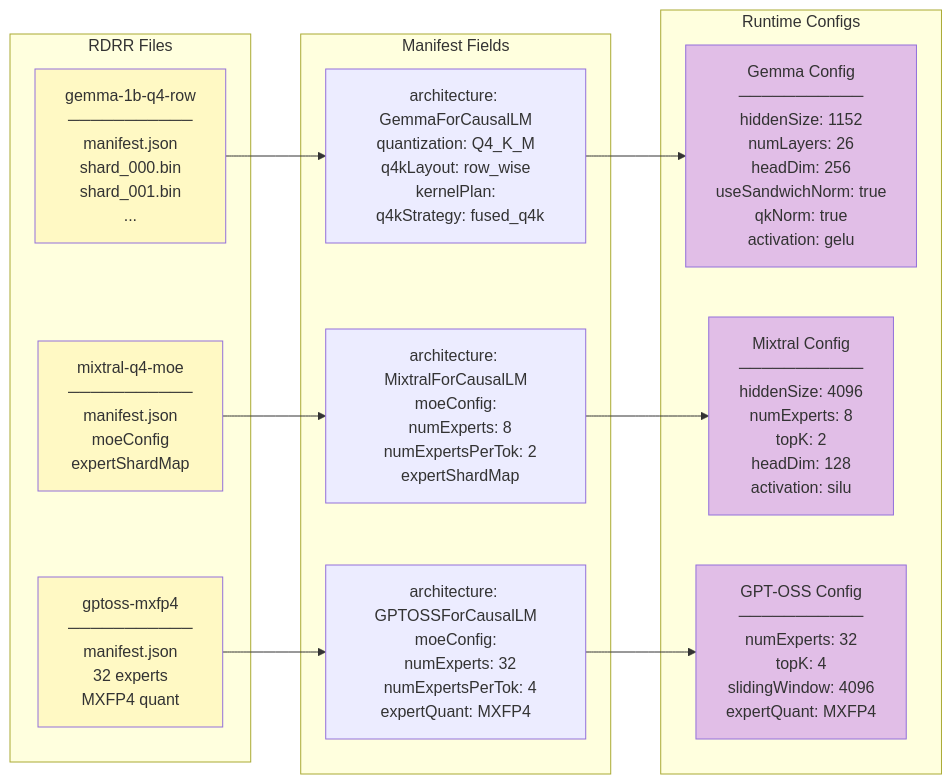
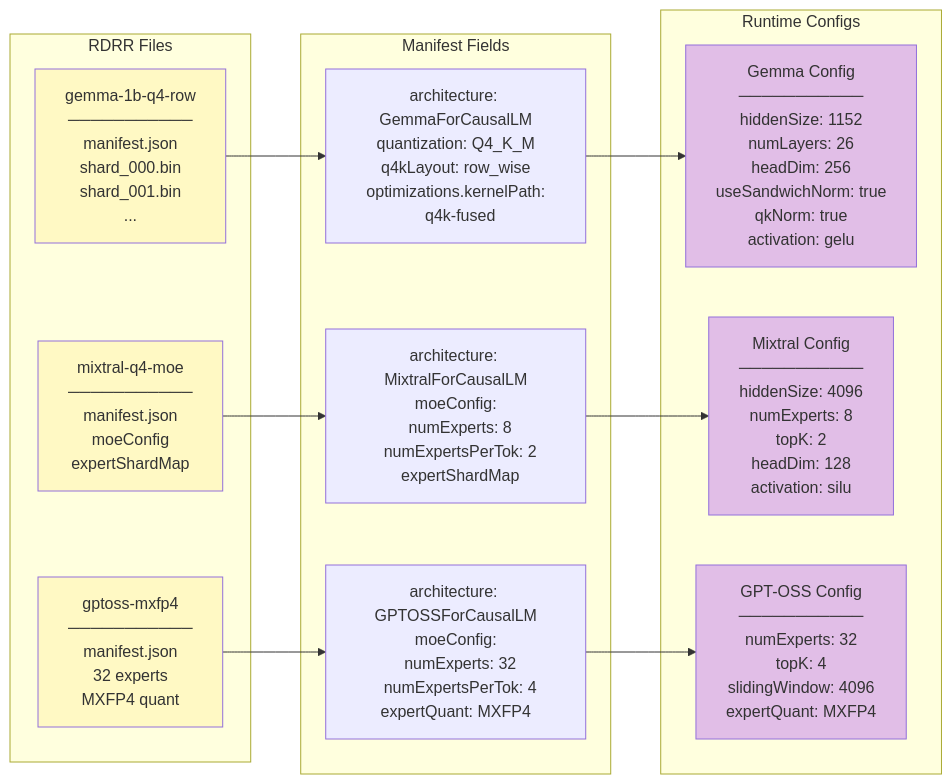
The third of 11 diagrams in docs/SYSTEM_FLOW.md (clocksmith/doppler), drawn with Mermaid before and after one commit. The commit also changed other lines of this file and 225 other files, not shown here.

````diff
--- a/docs/SYSTEM_FLOW.md
+++ b/docs/SYSTEM_FLOW.md
@@ -94,31 +94,31 @@
 ```mermaid
 graph LR
     subgraph RDRRFiles["RDRR Files"]
         R1["gemma-1b-q4-row<br/>───────────<br/>manifest.json<br/>shard_000.bin<br/>shard_001.bin<br/>..."]
         R5["mixtral-q4-moe<br/>───────────<br/>manifest.json<br/>moeConfig<br/>expertShardMap"]
         R7["gptoss-mxfp4<br/>───────────<br/>manifest.json<br/>32 experts<br/>MXFP4 quant"]
     end
 
     subgraph ManifestFields["Manifest Fields"]
-        F1["architecture: GemmaForCausalLM<br/>quantization: Q4_K_M<br/>q4kLayout: row_wise<br/>kernelPlan:<br/>&nbsp;&nbsp;q4kStrategy: fused_q4k"]
+        F1["architecture: GemmaForCausalLM<br/>quantization: Q4_K_M<br/>q4kLayout: row_wise<br/>optimizations.kernelPath:<br/>&nbsp;&nbsp;q4k-fused"]
         F2["architecture: MixtralForCausalLM<br/>moeConfig:<br/>&nbsp;&nbsp;numExperts: 8<br/>&nbsp;&nbsp;numExpertsPerTok: 2<br/>&nbsp;&nbsp;expertShardMap"]
         F3["architecture: GPTOSSForCausalLM<br/>moeConfig:<br/>&nbsp;&nbsp;numExperts: 32<br/>&nbsp;&nbsp;numExpertsPerTok: 4<br/>expertQuant: MXFP4"]
     end
 
     subgraph Configs["Runtime Configs"]
         C1["Gemma Config<br/>───────────<br/>hiddenSize: 1152<br/>numLayers: 26<br/>headDim: 256<br/>useSandwichNorm: true<br/>qkNorm: true<br/>activation: gelu"]
         C2["Mixtral Config<br/>───────────<br/>hiddenSize: 4096<br/>numExperts: 8<br/>topK: 2<br/>headDim: 128<br/>activation: silu"]
         C3["GPT-OSS Config<br/>───────────<br/>numExperts: 32<br/>topK: 4<br/>slidingWindow: 4096<br/>expertQuant: MXFP4"]
     end
 
     R1 --> F1 --> C1
     R5 --> F2 --> C2
     R7 --> F3 --> C3
 
     style R1 fill:#fff9c4
     style R5 fill:#fff9c4
     style R7 fill:#fff9c4
     style C1 fill:#e1bee7
     style C2 fill:#e1bee7
     style C3 fill:#e1bee7
 ```
````
